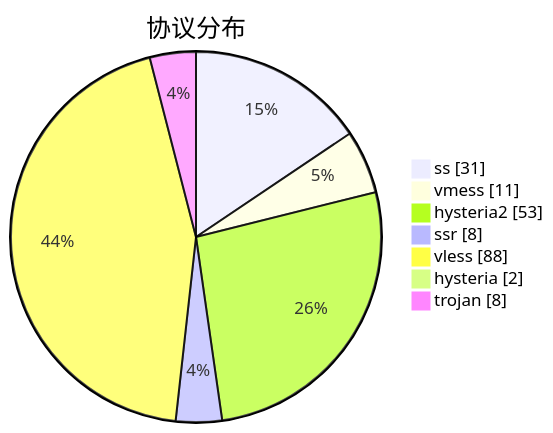
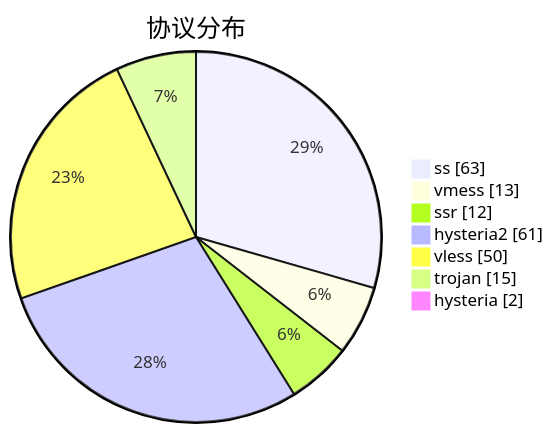
The third of 3 diagrams in subs/statistics/tested_within.md (sinspired/airport), drawn with Mermaid before and after one commit. The commit also changed other lines of this file and 2 other files, not shown here.

````diff
--- a/subs/statistics/tested_within.md
+++ b/subs/statistics/tested_within.md
@@ -46,11 +50,11 @@
 ```mermaid
 pie showData
 title 协议分布
-"ss" : 31
-"vmess" : 11
-"hysteria2" : 53
-"ssr" : 8
-"vless" : 88
+"ss" : 63
+"vmess" : 13
+"ssr" : 12
+"hysteria2" : 61
+"vless" : 50
+"trojan" : 15
 "hysteria" : 2
-"trojan" : 8
 ```
````
